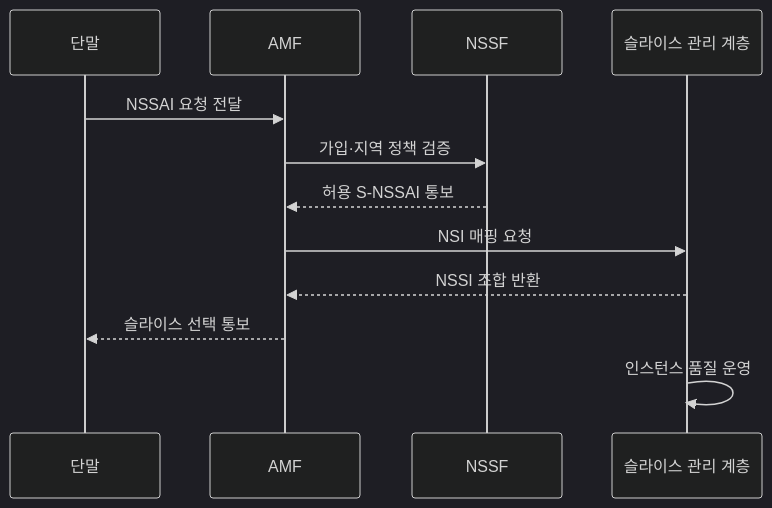
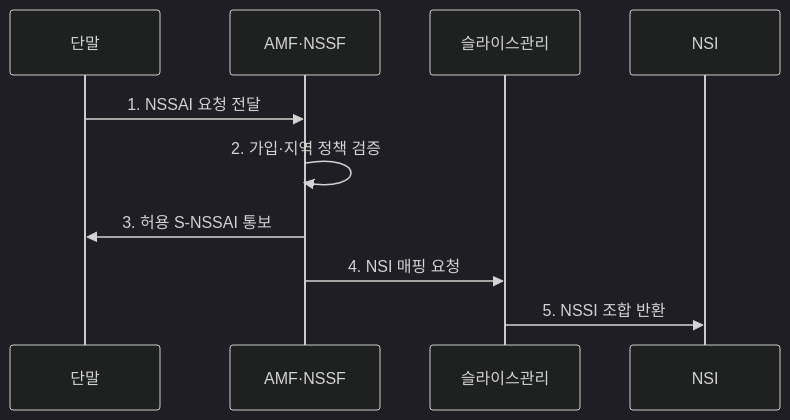
The second of 2 diagrams in src/content/docs/notes/04-network/040_nssai_nsi_nssi.md (agnusdei1207/knowledge-base), drawn with Mermaid (dark theme) before and after one commit. The commit also changed other lines of this file and 20 other files, not shown here.

````diff
--- a/src/content/docs/notes/04-network/040_nssai_nsi_nssi.md
+++ b/src/content/docs/notes/04-network/040_nssai_nsi_nssi.md
@@ -79,14 +78,12 @@
 ```mermaid
 sequenceDiagram
-  participant U as 단말
-  participant A as AMF
-  participant N as NSSF
-  participant M as 슬라이스 관리 계층
-  U->>A: NSSAI 요청 전달
-  A->>N: 가입·지역 정책 검증
-  N-->>A: 허용 S-NSSAI 통보
-  A->>M: NSI 매핑 요청
-  M-->>A: NSSI 조합 반환
-  A-->>U: 슬라이스 선택 통보
-  M->>M: 인스턴스 품질 운영
+    participant 단말
+    participant AMF·NSSF
+    participant 슬라이스관리
+    participant NSI
+    단말->>AMF·NSSF: 1. NSSAI 요청 전달
+    AMF·NSSF->>AMF·NSSF: 2. 가입·지역 정책 검증
+    AMF·NSSF->>단말: 3. 허용 S-NSSAI 통보
+    AMF·NSSF->>슬라이스관리: 4. NSI 매핑 요청
+    슬라이스관리->>NSI: 5. NSSI 조합 반환
 ```
````
